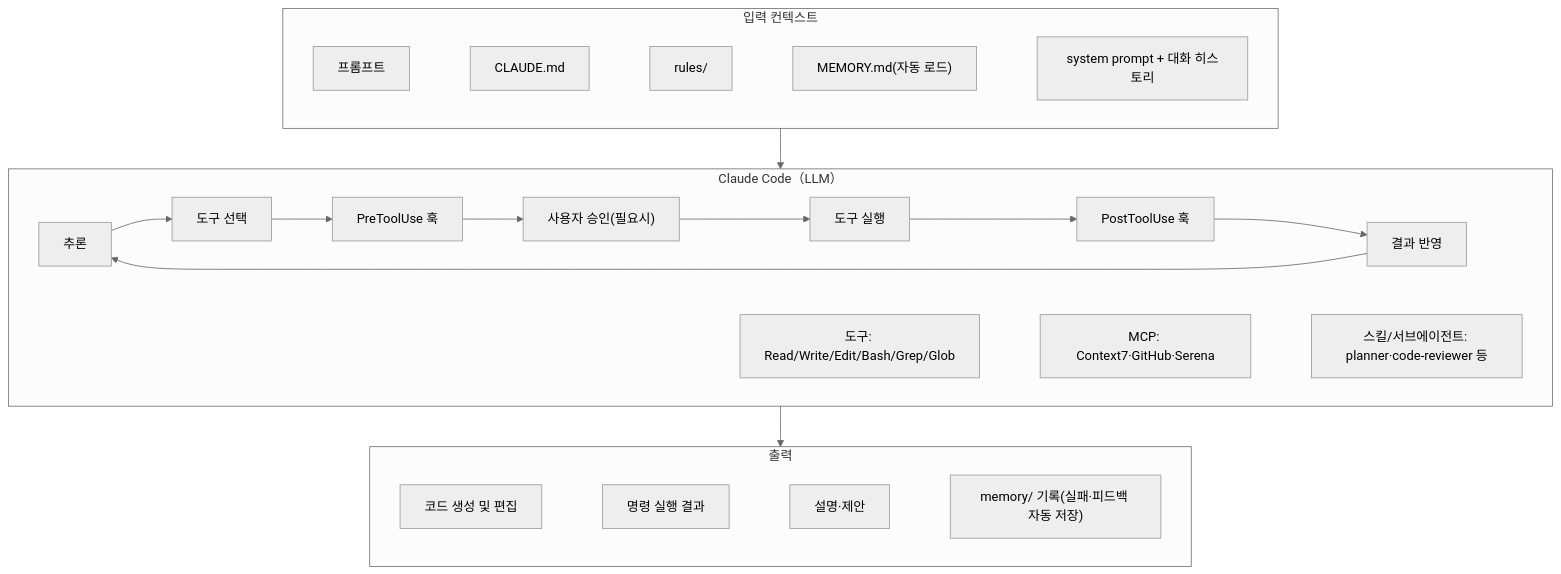
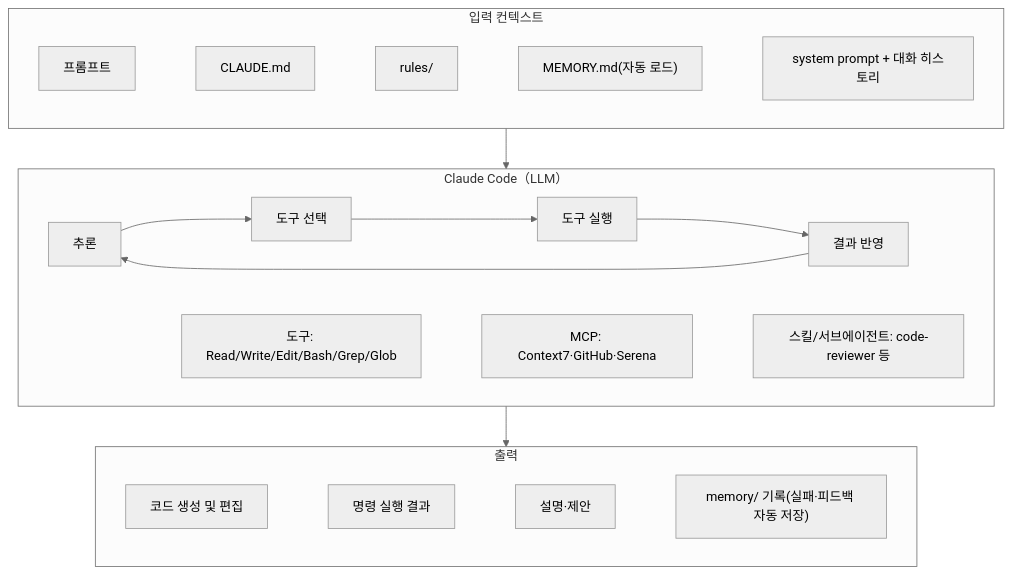
Before and after one commit to mimul/mimul.com: the diagram in content/blog/claude-code-review/index.mdx, drawn with Mermaid (neutral theme).

Commit message:
claude code review 수정

````diff
--- a/content/blog/claude-code-review/index.mdx
+++ b/content/blog/claude-code-review/index.mdx
@@ -51,25 +51,27 @@
 ```mermaid
 flowchart TD
     subgraph INPUT["입력 컨텍스트"]
         direction LR
         A1["프롬프트"] ~~~ A2["CLAUDE.md"] ~~~ A3["rules/"] 
         A3 ~~~ A4["MEMORY.md(자동 로드)"] ~~~ A5["system prompt + 대화 히스토리"]
     end
 
+
     subgraph LLM["Claude Code（LLM）"]
         direction LR
-        B1["추론"] --> B2["도구 선택"] --> B3["PreToolUse 훅"] --> B4["사용자 승인(필요시)"] 
-        B4 --> B5["도구 실행"] --> B6["PostToolUse 훅"] --> B7["결과 반영"]
+        B1["추론"] --> B2["도구 선택"] --> B3["도구 실행"] --> B7["결과 반영"]
         B7 --> B1
-        B8["도구: Read/Write/Edit/Bash/Grep/Glob"] ~~~ B9["MCP: Context7·GitHub·Serena"] ~~~ B10["스킬/서브에이전트: planner·code-reviewer 등"]
+        B8["도구: Read/Write/Edit/Bash/Grep/Glob"] ~~~ B9["MCP: Context7·GitHub·Serena"] ~~~ B10["스킬/서브에이전트: code-reviewer 등"]
     end
 
+    %% OUTPUT
     subgraph OUTPUT["출력"]
         direction LR
         C1["코드 생성 및 편집"] ~~~ C2["명령 실행 결과"] ~~~ C3["설명·제안"]
         C3 ~~~ C4["memory/ 기록(실패·피드백 자동 저장)"]
     end
 
+    %% 연결
     INPUT --> LLM
     LLM --> OUTPUT
 ```
````
